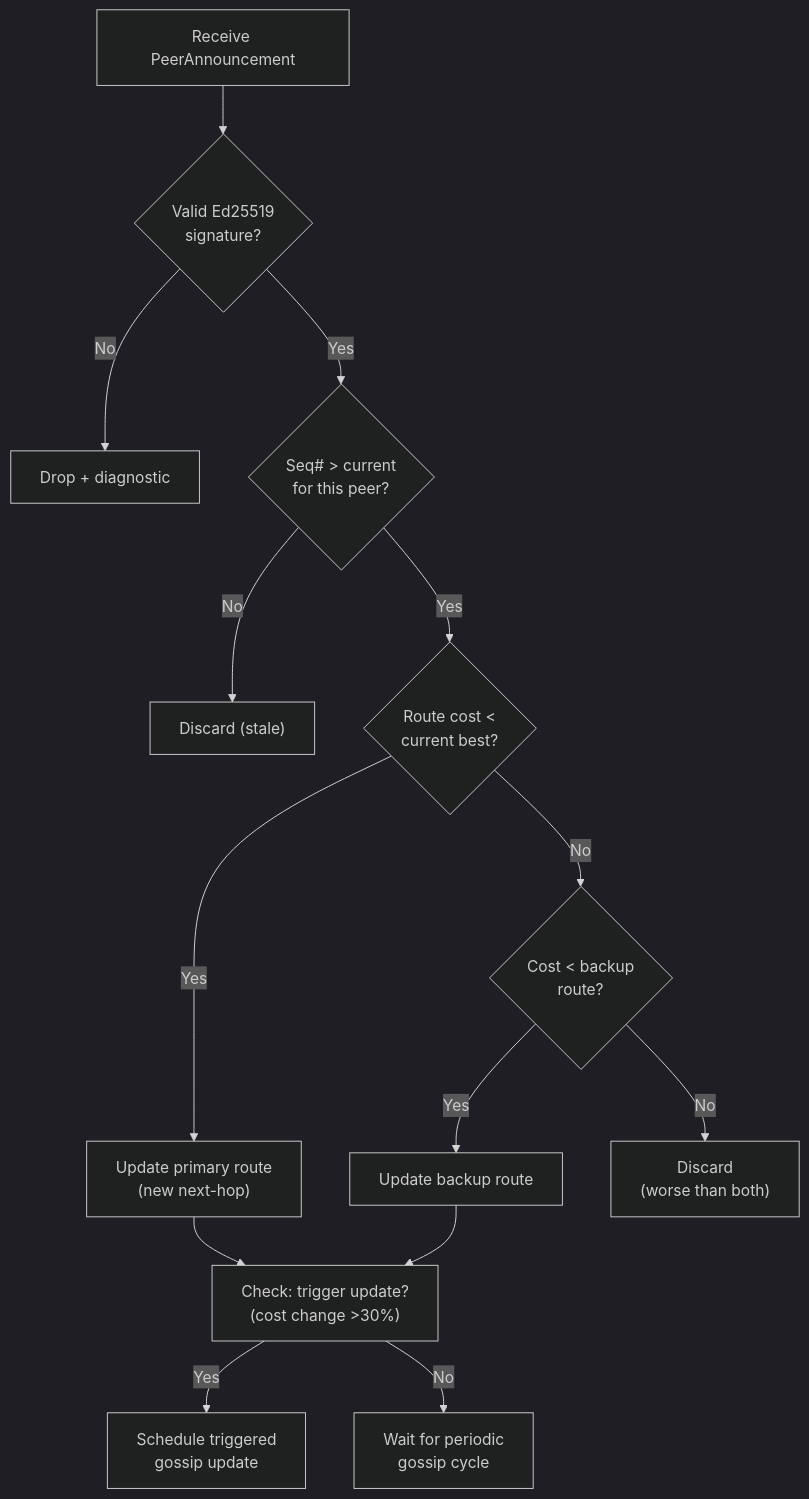
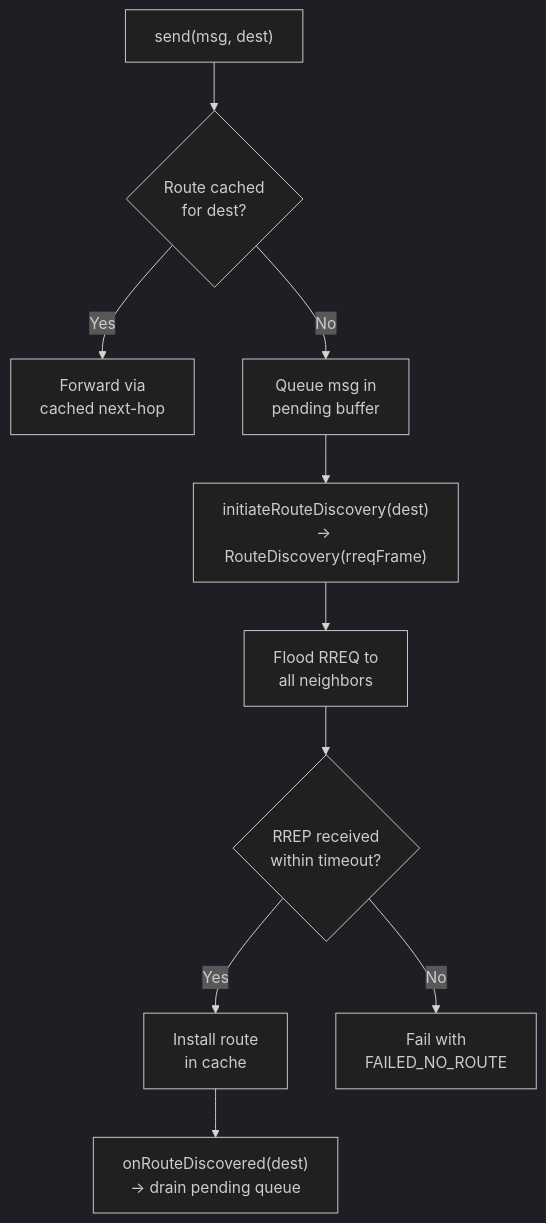
One commit to trancee/MeshLink changed the tenth of 17 diagrams in docs/design.md. Above: the diagram before and after it, drawn with Mermaid (dark theme). The commit also changed other lines of this file and 5 other files, not shown here.

````diff
--- a/docs/design.md
+++ b/docs/design.md
@@ -729,16 +764,12 @@
 ```mermaid
 flowchart TD
-    A["Receive PeerAnnouncement"] --> B{"Valid Ed25519\nsignature?"}
-    B -- No --> C["Drop + diagnostic"]
-    B -- Yes --> D{"Seq# > current\nfor this peer?"}
-    D -- No --> E["Discard (stale)"]
-    D -- Yes --> F{"Route cost <\ncurrent best?"}
-    F -- Yes --> G["Update primary route\n(new next-hop)"]
-    F -- No --> H{"Cost < backup\nroute?"}
-    H -- Yes --> I["Update backup route"]
-    H -- No --> J["Discard\n(worse than both)"]
-    G --> K["Check: trigger update?\n(cost change >30%)"]
-    I --> K
-    K -- Yes --> L["Schedule triggered\ngossip update"]
-    K -- No --> M["Wait for periodic\ngossip cycle"]
+    A["send(msg, dest)"] --> B{"Route cached\nfor dest?"}
+    B -- Yes --> C["Forward via\ncached next-hop"]
+    B -- No --> D["Queue msg in\npending buffer"]
+    D --> E["initiateRouteDiscovery(dest)\n→ RouteDiscovery(rreqFrame)"]
+    E --> F["Flood RREQ to\nall neighbors"]
+    F --> G{"RREP received\nwithin timeout?"}
+    G -- Yes --> H["Install route\nin cache"]
+    H --> I["onRouteDiscovered(dest)\n→ drain pending queue"]
+    G -- No --> J["Fail with\nFAILED_NO_ROUTE"]
 ```
````
